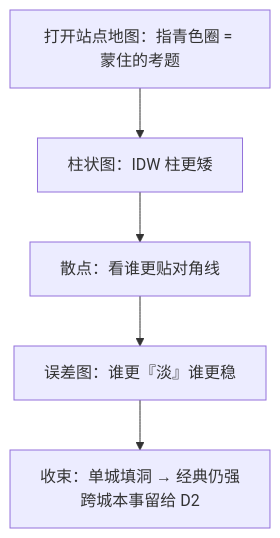
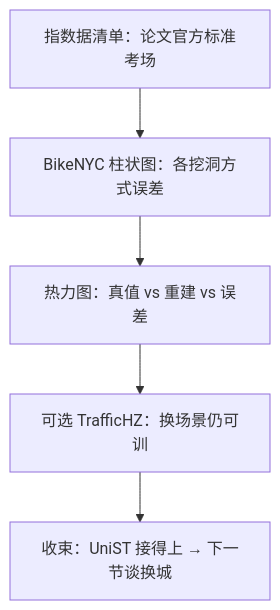
One commit to dxy123-dxy/EDA-Toolkit changed the third of 4 diagrams in docs/阶段2-技术演示文稿.md. Above: the diagram before and after it, drawn with Mermaid. The commit also changed other lines of this file and 11 other files, not shown here.

````diff
--- a/docs/阶段2-技术演示文稿.md
+++ b/docs/阶段2-技术演示文稿.md
@@ -225,7 +204,7 @@
 ```mermaid
 flowchart TD
-  A["打开站点地图：指青色圈 = 蒙住的考题"] --> B["柱状图：IDW 柱更矮"]
-  B --> C["散点：看谁更贴对角线"]
-  C --> D["误差图：谁更『淡』谁更稳"]
-  D --> E["收束：单城填洞 → 经典仍强<br/>跨城本事留给 D2"]
+  A["指数据清单：论文官方标准考场"] --> B["BikeNYC 柱状图：各挖洞方式误差"]
+  B --> C["热力图：真值 vs 重建 vs 误差"]
+  C --> D["可选 TrafficHZ：换场景仍可训"]
+  D --> E["收束：UniST 接得上 → 下一节谈换城"]
 ```
````
